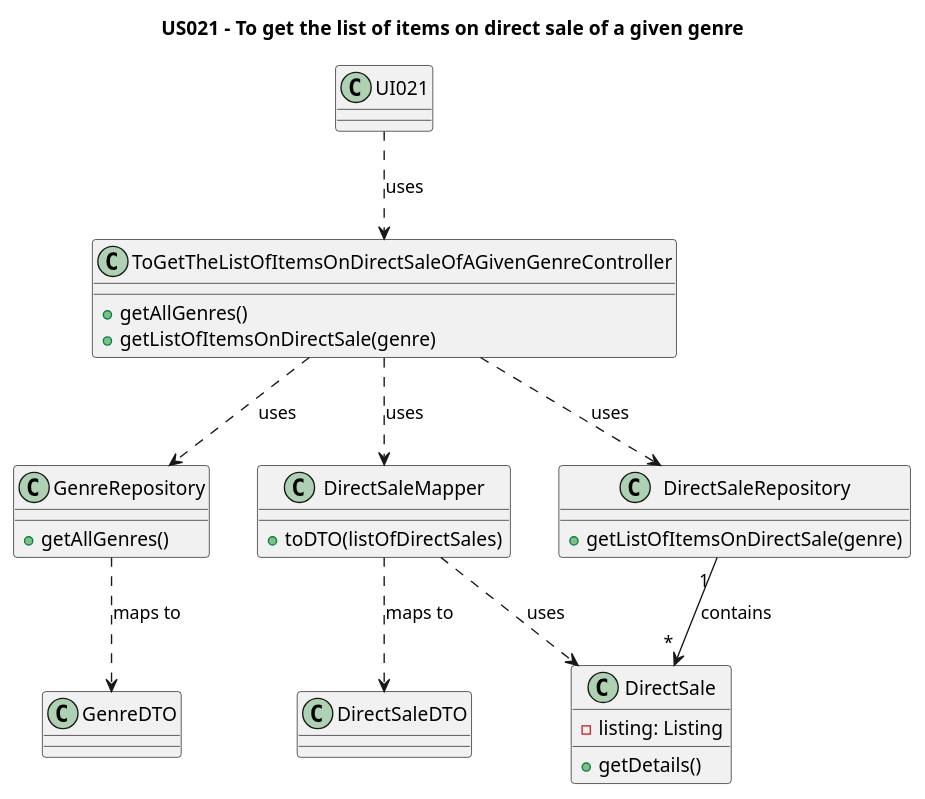
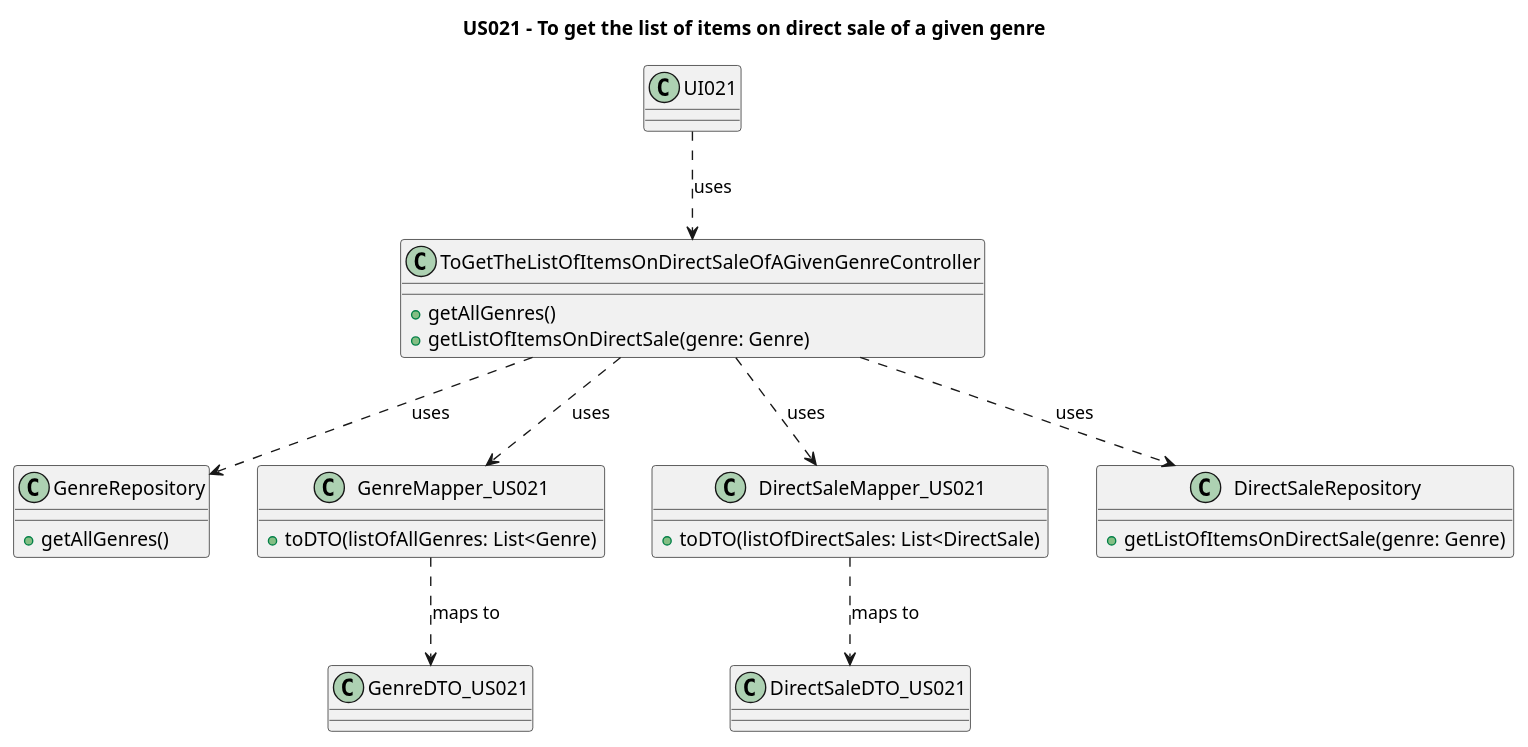
One commit to AndrePereiraGitH/SWitCH-Project-Team_A changed the diagram in Diagrams/ClassDiagrams/US021-to-get-the-list-of-items-on-direct-sale-of-a-given-genre.puml. Above: the diagram before and after it, drawn with PlantUML. The commit also changed 7 other files, not shown here.

```diff
--- a/Diagrams/ClassDiagrams/US021-to-get-the-list-of-items-on-direct-sale-of-a-given-genre.puml
+++ b/Diagrams/ClassDiagrams/US021-to-get-the-list-of-items-on-direct-sale-of-a-given-genre.puml
@@ -1,83 +1,89 @@
 @startuml
 title US021 - To get the list of items on direct sale of a given genre
 
 class UI021 {
 
 }
 
 class ToGetTheListOfItemsOnDirectSaleOfAGivenGenreController {
   +getAllGenres()
-  +getListOfItemsOnDirectSale(genre)
+  +getListOfItemsOnDirectSale(genre: Genre)
 }
 
 class GenreRepository {
   +getAllGenres()
 }
 
-class GenreDTO {
+class GenreDTO_US021 {
 }
 
-class DirectSaleMapper {
-   +toDTO(listOfDirectSales)
+
+class GenreMapper_US021 {
+   +toDTO(listOfAllGenres: List<Genre)
+}
+
+class DirectSaleMapper_US021 {
+   +toDTO(listOfDirectSales: List<DirectSale)
 }
 
 class DirectSaleRepository {
-  +getListOfItemsOnDirectSale(genre)
+  +getListOfItemsOnDirectSale(genre: Genre)
 }
 
+/'
 class DirectSale {
   - listing: Listing
   +getDetails()
 }
 
-/'
 class Listing {
   - item: Item
   - saleType: SaleType
 }
 
 enum SaleType {
     DIRECT_SALE
     AUCTION
 }
 
 class Item {
     - publication: Publication
 }
 
 class Publication {
     - bibliographicalData: BibliographicalData
     - code: Code
 }
 
 class BibliographicalData {
     - title: String
     - genre: Genre
 }
 
 class Genre {
     - genreType: String
 }
 '/
 
 ' Interactions
 
 UI021 ..> ToGetTheListOfItemsOnDirectSaleOfAGivenGenreController : uses
 ToGetTheListOfItemsOnDirectSaleOfAGivenGenreController ..> DirectSaleRepository : uses
 ToGetTheListOfItemsOnDirectSaleOfAGivenGenreController ..> GenreRepository : uses
-GenreRepository ..> GenreDTO : maps to
-DirectSaleRepository "1 " --> " * " DirectSale : contains
-ToGetTheListOfItemsOnDirectSaleOfAGivenGenreController ..> DirectSaleMapper : uses
-DirectSaleMapper ..> DirectSaleDTO : maps to
-DirectSaleMapper ..> DirectSale : uses
+ToGetTheListOfItemsOnDirectSaleOfAGivenGenreController ..> GenreMapper_US021 : uses
+GenreMapper_US021 ..> GenreDTO_US021 : maps to
+'DirectSaleRepository "1 " --> " * " DirectSale : contains
+ToGetTheListOfItemsOnDirectSaleOfAGivenGenreController ..> DirectSaleMapper_US021 : uses
+DirectSaleMapper_US021 ..> DirectSaleDTO_US021 : maps to
+'DirectSaleMapper_US021 ..> DirectSale : uses
 /'
 DirectSale "1" --> "1" Listing : has
 Listing "                                *" --> "1" SaleType : can be\nsold by
 Listing "1"--> "1..*" Item : lists an
 Item "*" --> "1" Publication: has
 Publication "*" --> "1" BibliographicalData: has
 BibliographicalData "*" --> "1..*" Genre: has
 Genre "1" ..> "1" GenreRepository: uses
 '/
 
 @enduml
```
